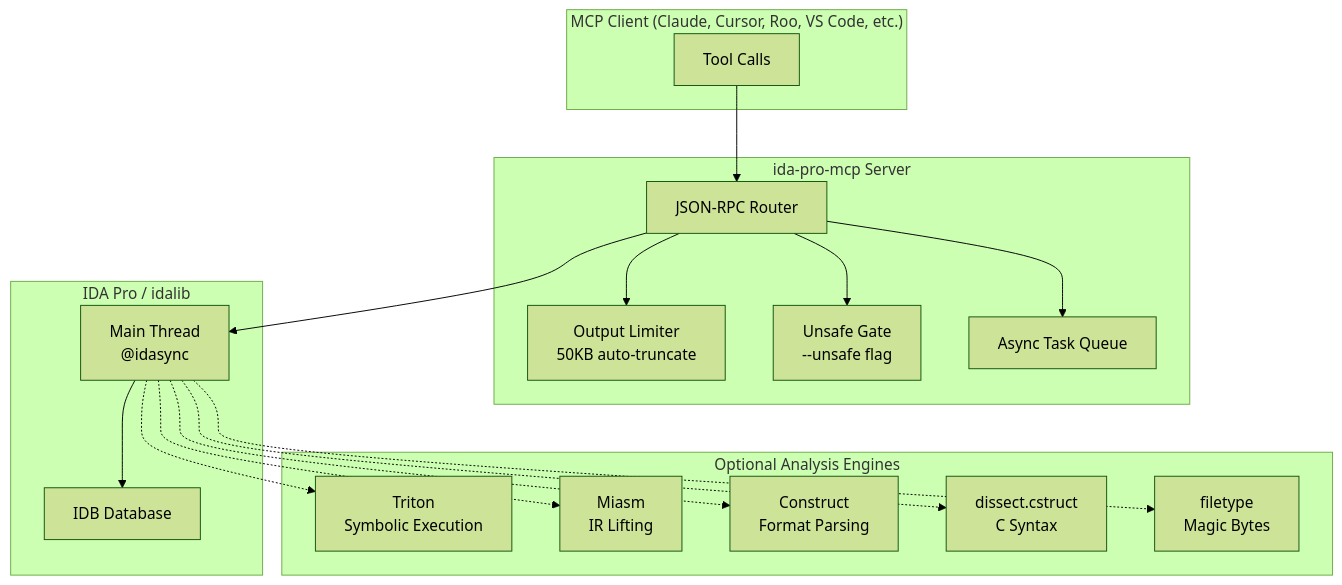
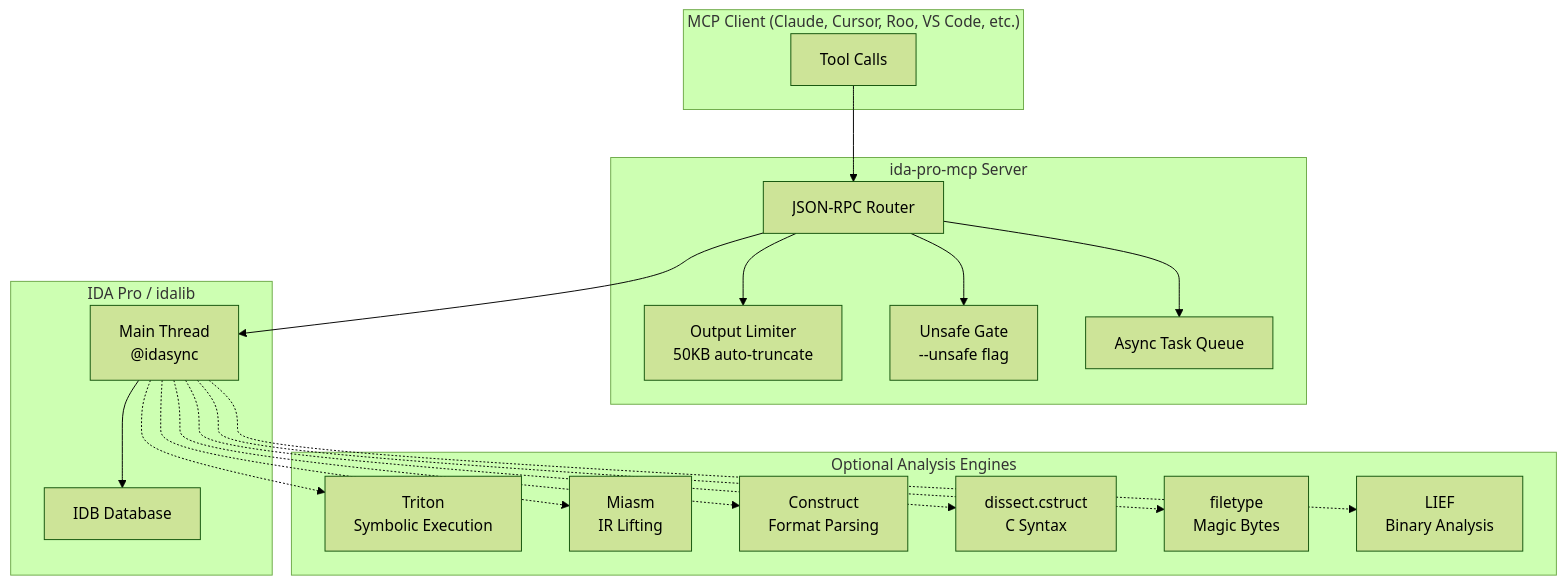
Before and after one commit to CloudyTabzy/synapse-mcp: the diagram in README.md, drawn with Mermaid (forest theme). The commit also changed other lines of this file and 15 other files, not shown here.

````diff
--- a/README.md
+++ b/README.md
@@ -65,38 +67,40 @@
 ```mermaid
 flowchart TB
     subgraph Client["MCP Client (Claude, Cursor, Roo, VS Code, etc.)"]
         A[Tool Calls]
     end
 
     subgraph Server["ida-pro-mcp Server"]
         B[JSON-RPC Router]
         C[Output Limiter<br/>50KB auto-truncate]
         D[Unsafe Gate<br/>--unsafe flag]
         E[Async Task Queue]
     end
 
     subgraph IDA["IDA Pro / idalib"]
         F[Main Thread<br/>@idasync]
         G[IDB Database]
     end
 
     subgraph Engines["Optional Analysis Engines"]
         H[Triton<br/>Symbolic Execution]
         I[Miasm<br/>IR Lifting]
         J[Construct<br/>Format Parsing]
         K[dissect.cstruct<br/>C Syntax]
         L[filetype<br/>Magic Bytes]
+        M[LIEF<br/>Binary Analysis]
     end
 
     A --> B
     B --> C
     B --> D
     B --> E
     B --> F
     F --> G
     F -.-> H
     F -.-> I
     F -.-> J
     F -.-> K
     F -.-> L
+    F -.-> M
 ```
````
